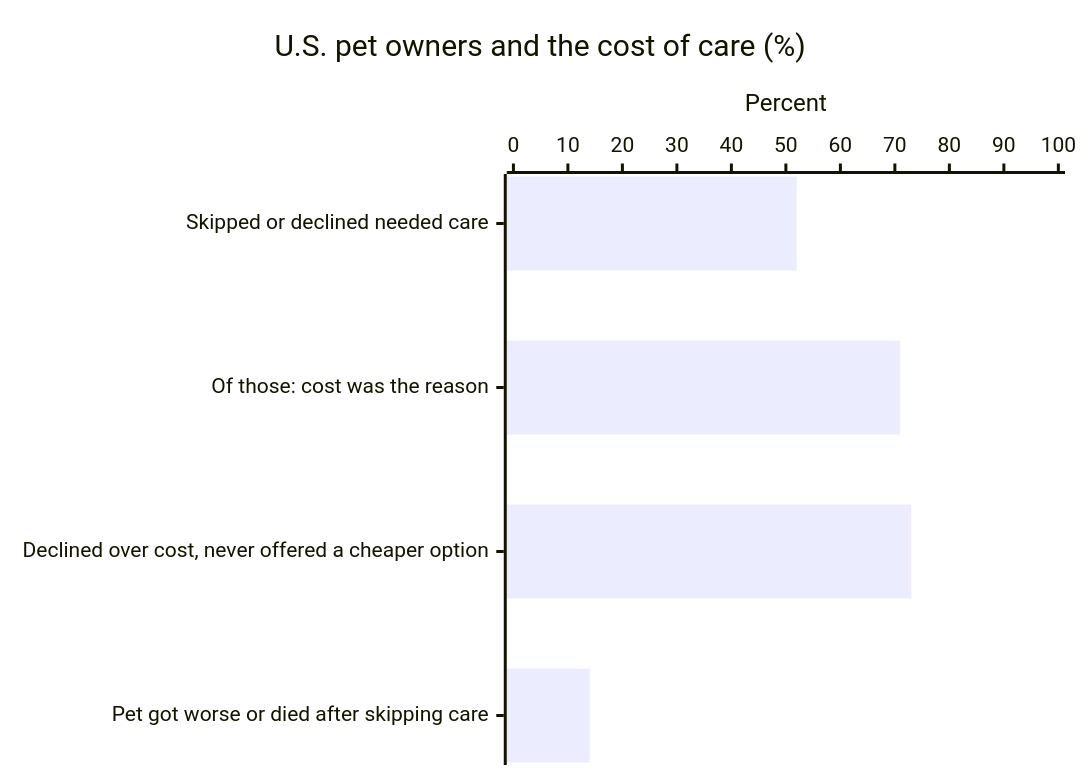
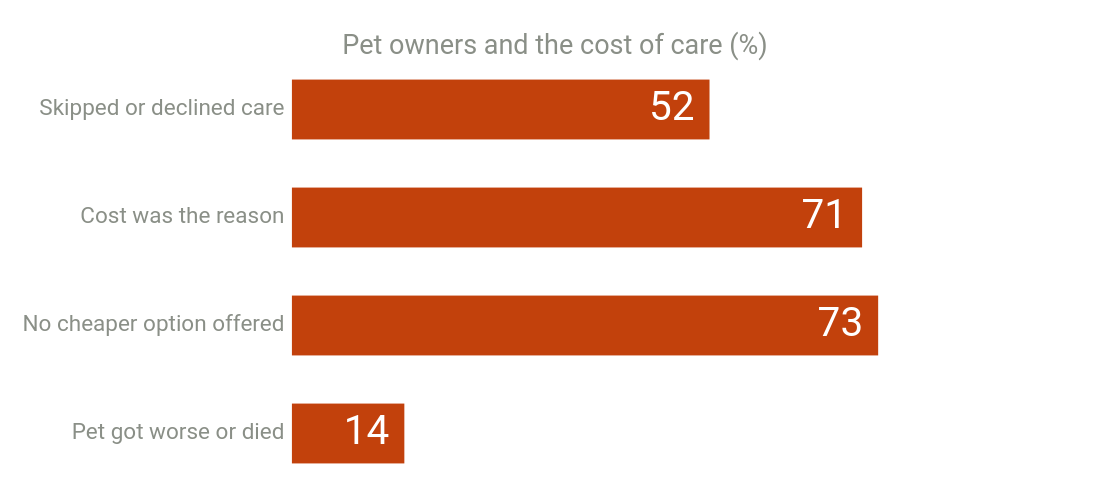
One commit to twoSquaredHoon/BadgerBuildFest2026 changed the first of 6 diagrams in README.md. Above: the diagram before and after it, drawn with Mermaid. The commit also changed other lines of this file, not shown here.

Commit message:
README: cleaner charts with transparent background, value labels, no axis clutter

````diff
--- a/README.md
+++ b/README.md
@@ -29,7 +29,8 @@
 ```mermaid
+%%{init: {"theme": "base", "themeVariables": {"xyChart": {"backgroundColor": "transparent", "plotColorPalette": "#C2410C", "titleColor": "#8A8F87", "xAxisLabelColor": "#8A8F87", "yAxisLabelColor": "#8A8F87", "dataLabelColor": "#FFFFFF"}}, "xyChart": {"width": 720, "height": 300, "showDataLabel": true, "titleFontSize": 18, "xAxis": {"showTick": false, "showAxisLine": false, "labelFontSize": 15}, "yAxis": {"showLabel": false, "showTick": false, "showAxisLine": false, "showTitle": false}}}}%%
 xychart-beta horizontal
-    title "U.S. pet owners and the cost of care (%)"
-    x-axis ["Skipped or declined needed care", "Of those: cost was the reason", "Declined over cost, never offered a cheaper option", "Pet got worse or died after skipping care"]
-    y-axis "Percent" 0 --> 100
+    title "Pet owners and the cost of care (%)"
+    x-axis ["Skipped or declined care", "Cost was the reason", "No cheaper option offered", "Pet got worse or died"]
+    y-axis 0 --> 100
     bar [52, 71, 73, 14]
 ```
````
